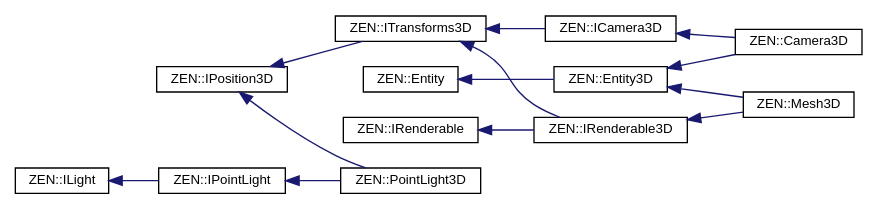
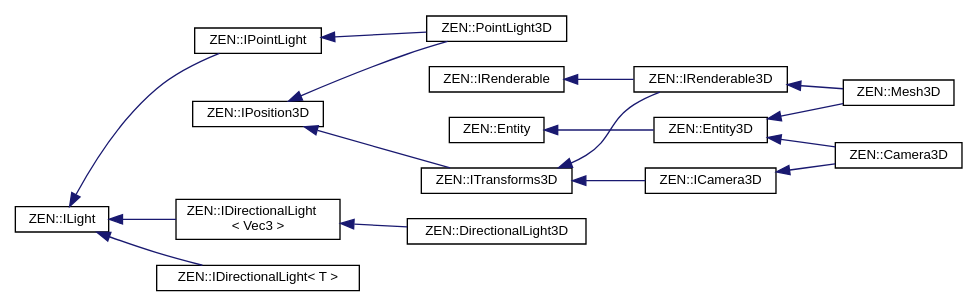
Before and after one commit to markhj/zeronetics: the diagram in inherit_graph_9.dot, drawn with Graphviz. The commit also changed 185 other files, not shown here.

```diff
--- a/inherit_graph_9.dot
+++ b/inherit_graph_9.dot
@@ -1,31 +1,37 @@
 digraph "Graphical Class Hierarchy"
 {
  // LATEX_PDF_SIZE
   edge [fontname="Helvetica",fontsize="10",labelfontname="Helvetica",labelfontsize="10"];
   node [fontname="Helvetica",fontsize="10",shape=record];
   rankdir="LR";
   Node0 [label="ZEN::Entity",height=0.2,width=0.4,color="black", fillcolor="white", style="filled",URL="$classZEN_1_1Entity.html",tooltip=" "];
   Node0 -> Node1 [dir="back",color="midnightblue",fontsize="10",style="solid",fontname="Helvetica"];
   Node1 [label="ZEN::Entity3D",height=0.2,width=0.4,color="black", fillcolor="white", style="filled",URL="$classZEN_1_1Entity3D.html",tooltip=" "];
   Node1 -> Node2 [dir="back",color="midnightblue",fontsize="10",style="solid",fontname="Helvetica"];
   Node2 [label="ZEN::Camera3D",height=0.2,width=0.4,color="black", fillcolor="white", style="filled",URL="$classZEN_1_1Camera3D.html",tooltip=" "];
   Node1 -> Node3 [dir="back",color="midnightblue",fontsize="10",style="solid",fontname="Helvetica"];
   Node3 [label="ZEN::Mesh3D",height=0.2,width=0.4,color="black", fillcolor="white", style="filled",URL="$classZEN_1_1Mesh3D.html",tooltip=" "];
   Node35 [label="ZEN::ILight",height=0.2,width=0.4,color="black", fillcolor="white", style="filled",URL="$classZEN_1_1ILight.html",tooltip=" "];
   Node35 -> Node36 [dir="back",color="midnightblue",fontsize="10",style="solid",fontname="Helvetica"];
-  Node36 [label="ZEN::IPointLight",height=0.2,width=0.4,color="black", fillcolor="white", style="filled",URL="$classZEN_1_1IPointLight.html",tooltip=" "];
+  Node36 [label="ZEN::IDirectionalLight\l\< Vec3 \>",height=0.2,width=0.4,color="black", fillcolor="white", style="filled",URL="$classZEN_1_1IDirectionalLight.html",tooltip=" "];
   Node36 -> Node37 [dir="back",color="midnightblue",fontsize="10",style="solid",fontname="Helvetica"];
-  Node37 [label="ZEN::PointLight3D",height=0.2,width=0.4,color="black", fillcolor="white", style="filled",URL="$classZEN_1_1PointLight3D.html",tooltip=" "];
-  Node39 [label="ZEN::IPosition3D",height=0.2,width=0.4,color="black", fillcolor="white", style="filled",URL="$classZEN_1_1IPosition3D.html",tooltip=" "];
+  Node37 [label="ZEN::DirectionalLight3D",height=0.2,width=0.4,color="black", fillcolor="white", style="filled",URL="$classZEN_1_1DirectionalLight3D.html",tooltip=" "];
+  Node35 -> Node38 [dir="back",color="midnightblue",fontsize="10",style="solid",fontname="Helvetica"];
+  Node38 [label="ZEN::IDirectionalLight\< T \>",height=0.2,width=0.4,color="black", fillcolor="white", style="filled",URL="$classZEN_1_1IDirectionalLight.html",tooltip=" "];
+  Node35 -> Node39 [dir="back",color="midnightblue",fontsize="10",style="solid",fontname="Helvetica"];
+  Node39 [label="ZEN::IPointLight",height=0.2,width=0.4,color="black", fillcolor="white", style="filled",URL="$classZEN_1_1IPointLight.html",tooltip=" "];
   Node39 -> Node40 [dir="back",color="midnightblue",fontsize="10",style="solid",fontname="Helvetica"];
-  Node40 [label="ZEN::ITransforms3D",height=0.2,width=0.4,color="black", fillcolor="white", style="filled",URL="$classZEN_1_1ITransforms3D.html",tooltip=" "];
-  Node40 -> Node41 [dir="back",color="midnightblue",fontsize="10",style="solid",fontname="Helvetica"];
-  Node41 [label="ZEN::ICamera3D",height=0.2,width=0.4,color="black", fillcolor="white", style="filled",URL="$classZEN_1_1ICamera3D.html",tooltip=" "];
-  Node41 -> Node2 [dir="back",color="midnightblue",fontsize="10",style="solid",fontname="Helvetica"];
-  Node40 -> Node42 [dir="back",color="midnightblue",fontsize="10",style="solid",fontname="Helvetica"];
-  Node42 [label="ZEN::IRenderable3D",height=0.2,width=0.4,color="black", fillcolor="white", style="filled",URL="$classZEN_1_1IRenderable3D.html",tooltip=" "];
-  Node42 -> Node3 [dir="back",color="midnightblue",fontsize="10",style="solid",fontname="Helvetica"];
-  Node39 -> Node37 [dir="back",color="midnightblue",fontsize="10",style="solid",fontname="Helvetica"];
-  Node44 [label="ZEN::IRenderable",height=0.2,width=0.4,color="black", fillcolor="white", style="filled",URL="$classZEN_1_1IRenderable.html",tooltip=" "];
-  Node44 -> Node42 [dir="back",color="midnightblue",fontsize="10",style="solid",fontname="Helvetica"];
+  Node40 [label="ZEN::PointLight3D",height=0.2,width=0.4,color="black", fillcolor="white", style="filled",URL="$classZEN_1_1PointLight3D.html",tooltip=" "];
+  Node42 [label="ZEN::IPosition3D",height=0.2,width=0.4,color="black", fillcolor="white", style="filled",URL="$classZEN_1_1IPosition3D.html",tooltip=" "];
+  Node42 -> Node43 [dir="back",color="midnightblue",fontsize="10",style="solid",fontname="Helvetica"];
+  Node43 [label="ZEN::ITransforms3D",height=0.2,width=0.4,color="black", fillcolor="white", style="filled",URL="$classZEN_1_1ITransforms3D.html",tooltip=" "];
+  Node43 -> Node44 [dir="back",color="midnightblue",fontsize="10",style="solid",fontname="Helvetica"];
+  Node44 [label="ZEN::ICamera3D",height=0.2,width=0.4,color="black", fillcolor="white", style="filled",URL="$classZEN_1_1ICamera3D.html",tooltip=" "];
+  Node44 -> Node2 [dir="back",color="midnightblue",fontsize="10",style="solid",fontname="Helvetica"];
+  Node43 -> Node45 [dir="back",color="midnightblue",fontsize="10",style="solid",fontname="Helvetica"];
+  Node45 [label="ZEN::IRenderable3D",height=0.2,width=0.4,color="black", fillcolor="white", style="filled",URL="$classZEN_1_1IRenderable3D.html",tooltip=" "];
+  Node45 -> Node3 [dir="back",color="midnightblue",fontsize="10",style="solid",fontname="Helvetica"];
+  Node42 -> Node40 [dir="back",color="midnightblue",fontsize="10",style="solid",fontname="Helvetica"];
+  Node47 [label="ZEN::IRenderable",height=0.2,width=0.4,color="black", fillcolor="white", style="filled",URL="$classZEN_1_1IRenderable.html",tooltip=" "];
+  Node47 -> Node45 [dir="back",color="midnightblue",fontsize="10",style="solid",fontname="Helvetica"];
 }
```
